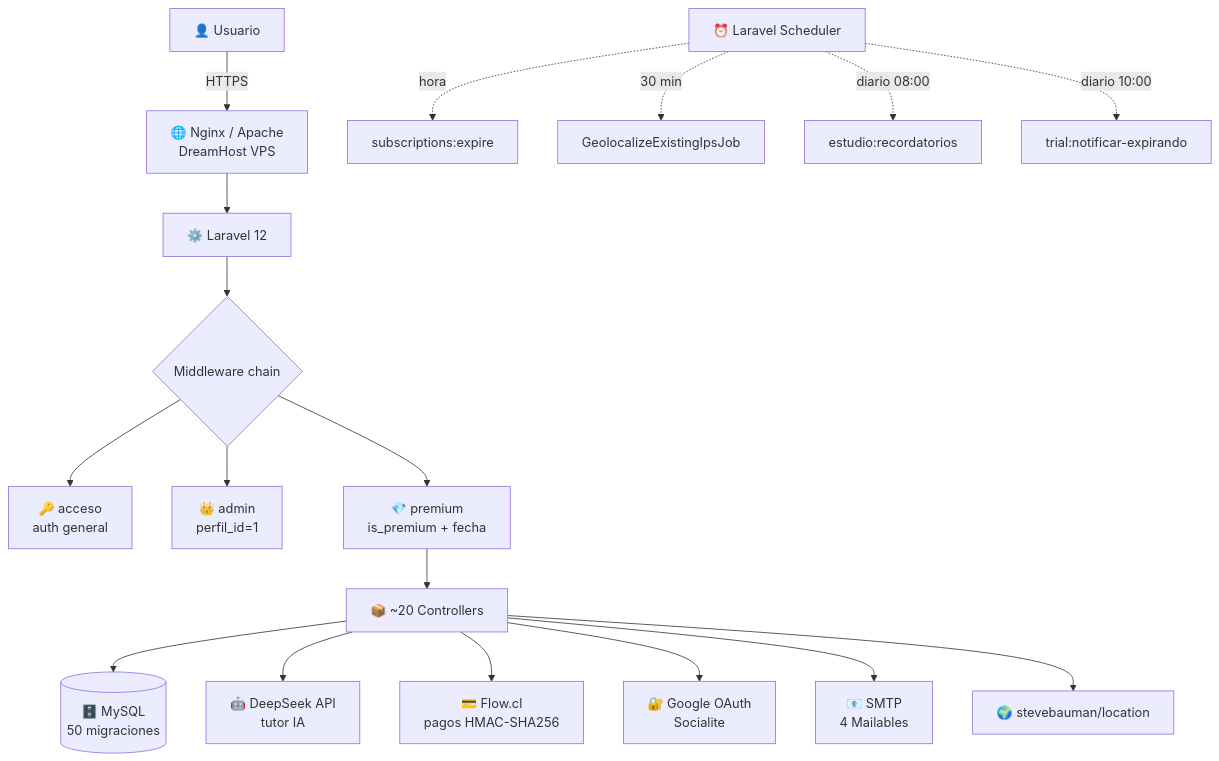
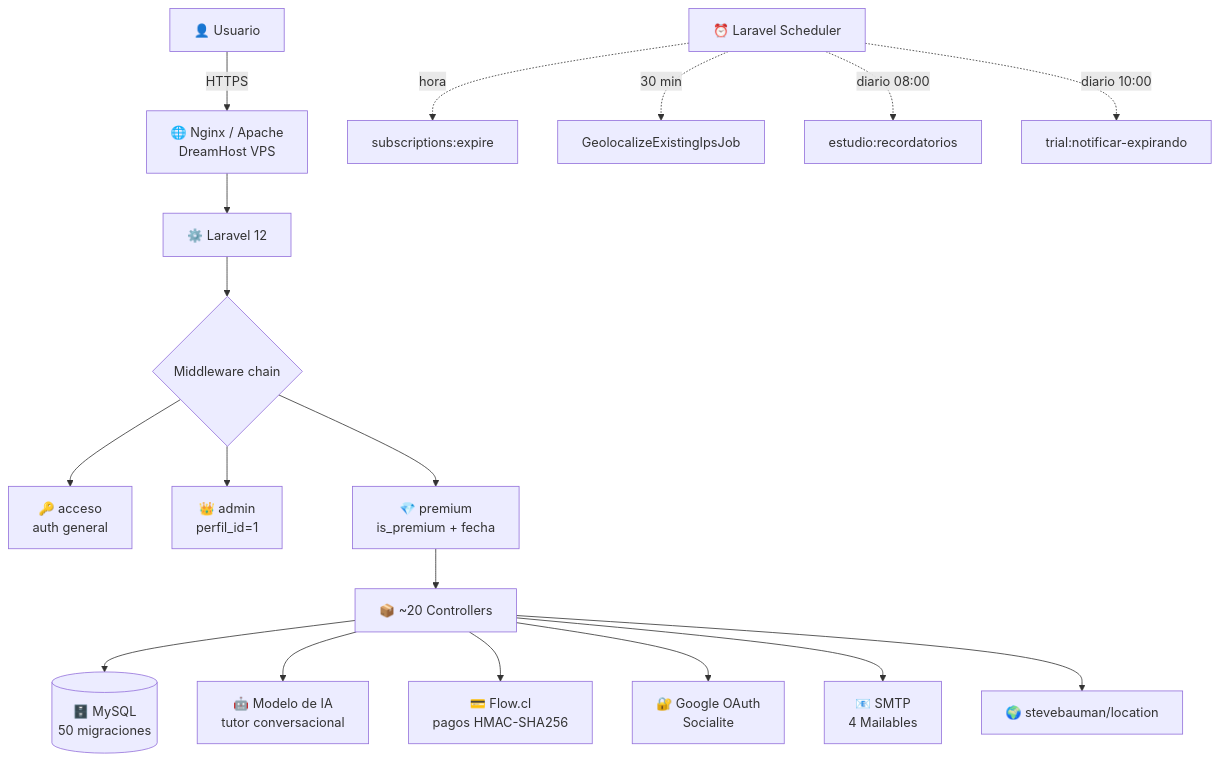
The diagram in README.md (francoogb/calculapromedio-showcase), drawn with Mermaid before and after one commit. The commit also changed other lines of this file, not shown here.

Commit message:
Update README to replace DeepSeek with AI API

````diff
--- a/README.md
+++ b/README.md
@@ -224,24 +224,24 @@
 ```mermaid
 flowchart TD
     User[👤 Usuario] -->|HTTPS| Nginx[🌐 Nginx / Apache<br/>DreamHost VPS]
     Nginx --> Laravel[⚙️ Laravel 12]
 
     Laravel --> Middleware{Middleware chain}
     Middleware --> Acceso[🔑 acceso<br/>auth general]
     Middleware --> Admin[👑 admin<br/>perfil_id=1]
     Middleware --> Premium[💎 premium<br/>is_premium + fecha]
 
     Premium --> Controllers[📦 ~20 Controllers]
 
     Controllers --> MySQL[(🗄️ MySQL<br/>50 migraciones)]
-    Controllers --> DeepSeek[🤖 DeepSeek API<br/>tutor IA]
+    Controllers --> AI[🤖 Modelo de IA<br/>tutor conversacional]
     Controllers --> Flow[💳 Flow.cl<br/>pagos HMAC-SHA256]
     Controllers --> Google[🔐 Google OAuth<br/>Socialite]
     Controllers --> Mail[📧 SMTP<br/>4 Mailables]
     Controllers --> Geo[🌍 stevebauman/location]
 
     Scheduler[⏰ Laravel Scheduler] -.->|hora| Expire[subscriptions:expire]
     Scheduler -.->|30 min| GeoJob[GeolocalizeExistingIpsJob]
     Scheduler -.->|diario 08:00| Recordatorios[estudio:recordatorios]
     Scheduler -.->|diario 10:00| Trial[trial:notificar-expirando]
 ```
````
